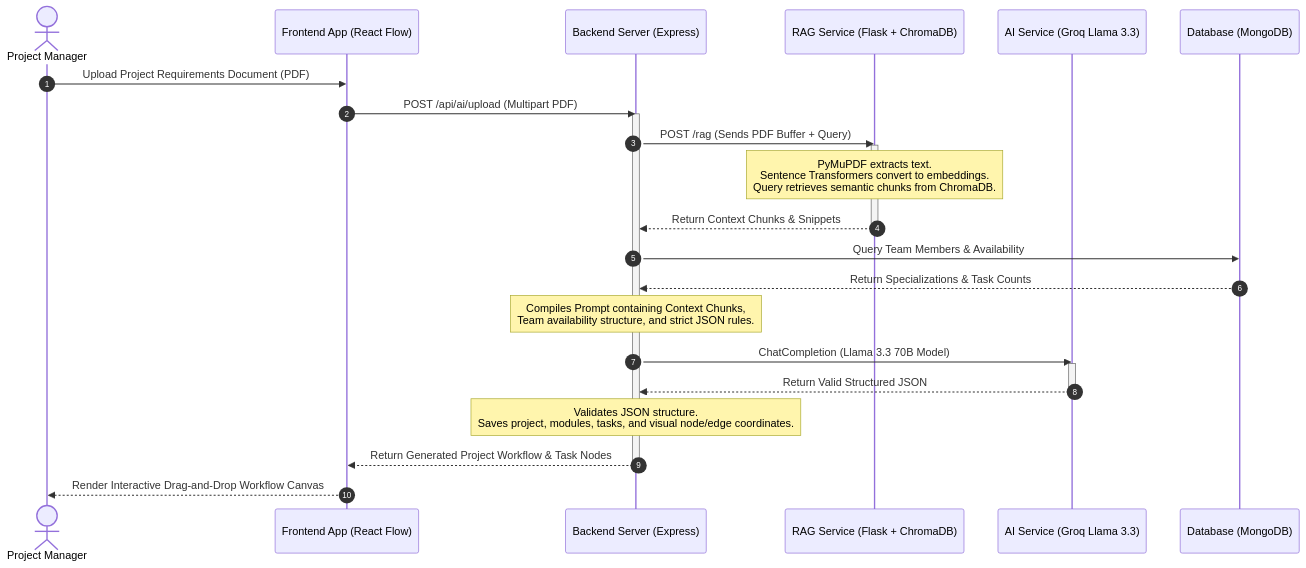
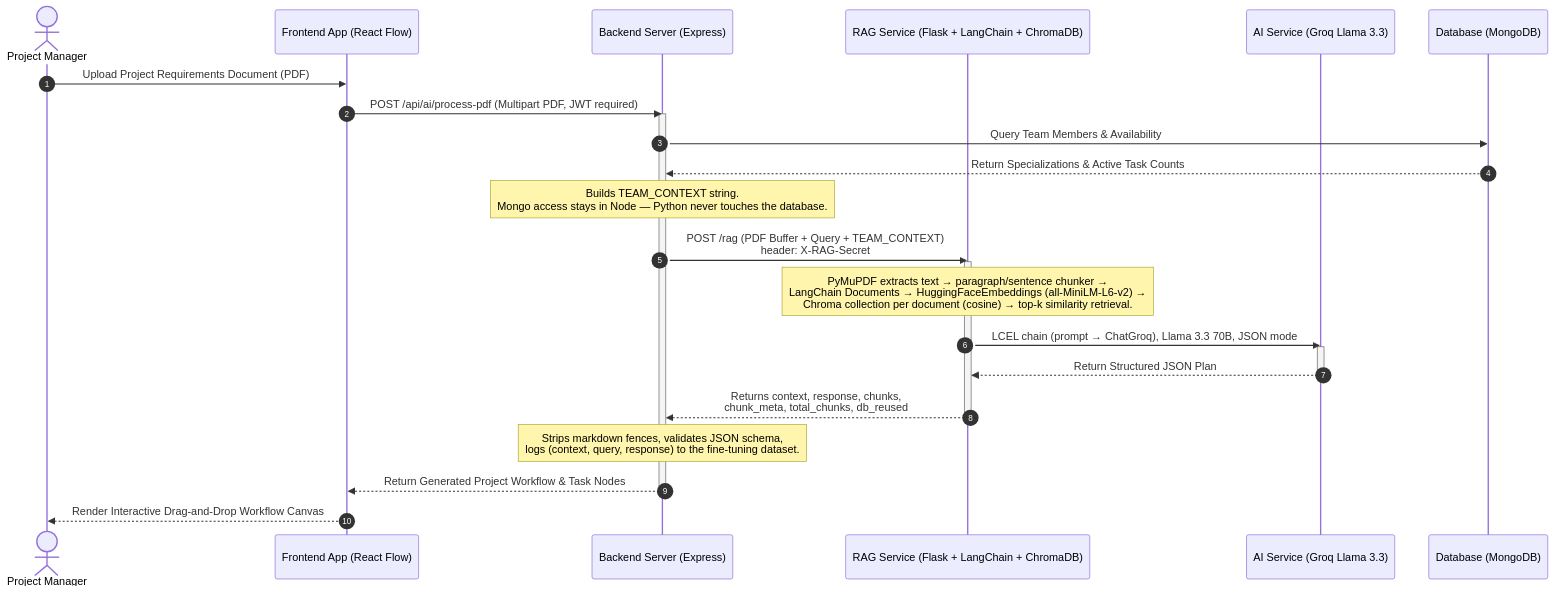
One commit to princethakarar/Workflow-Orchestrator changed the second of 2 diagrams in README.md. Above: the diagram before and after it, drawn with Mermaid. The commit also changed other lines of this file and 6 other files, not shown here.

````diff
--- a/README.md
+++ b/README.md
@@ -87,30 +88,30 @@
 ```mermaid
 sequenceDiagram
     autonumber
     actor Manager as Project Manager
     participant FE as Frontend App (React Flow)
     participant BE as Backend Server (Express)
-    participant RAG as RAG Service (Flask + ChromaDB)
+    participant RAG as RAG Service (Flask + LangChain + ChromaDB)
     participant Groq as AI Service (Groq Llama 3.3)
     participant DB as Database (MongoDB)
 
     Manager->>FE: Upload Project Requirements Document (PDF)
-    FE->>BE: POST /api/ai/upload (Multipart PDF)
+    FE->>BE: POST /api/ai/process-pdf (Multipart PDF, JWT required)
     activate BE
-    BE->>RAG: POST /rag (Sends PDF Buffer + Query)
+    BE->>DB: Query Team Members & Availability
+    DB-->>BE: Return Specializations & Active Task Counts
+    Note over BE: Builds TEAM_CONTEXT string.<br/>Mongo access stays in Node — Python never touches the database.
+    BE->>RAG: POST /rag (PDF Buffer + Query + TEAM_CONTEXT)<br/>header: X-RAG-Secret
     activate RAG
-    Note over RAG: PyMuPDF extracts text.<br/>Sentence Transformers convert to embeddings.<br/>Query retrieves semantic chunks from ChromaDB.
-    RAG-->>BE: Return Context Chunks & Snippets
+    Note over RAG: PyMuPDF extracts text → paragraph/sentence chunker →<br/>LangChain Documents → HuggingFaceEmbeddings (all-MiniLM-L6-v2) →<br/>Chroma collection per document (cosine) → top-k similarity retrieval.
+    RAG->>Groq: LCEL chain (prompt → ChatGroq), Llama 3.3 70B, JSON mode
+    activate Groq
+    Groq-->>RAG: Return Structured JSON Plan
+    deactivate Groq
+    RAG-->>BE: Returns context, response, chunks,<br/>chunk_meta, total_chunks, db_reused
     deactivate RAG
-    BE->>DB: Query Team Members & Availability
-    DB-->>BE: Return Specializations & Task Counts
-    Note over BE: Compiles Prompt containing Context Chunks,<br/>Team availability structure, and strict JSON rules.
-    BE->>Groq: ChatCompletion (Llama 3.3 70B Model)
-    activate Groq
-    Groq-->>BE: Return Valid Structured JSON
-    deactivate Groq
-    Note over BE: Validates JSON structure.<br/>Saves project, modules, tasks, and visual node/edge coordinates.
+    Note over BE: Strips markdown fences, validates JSON schema,<br/>logs (context, query, response) to the fine-tuning dataset.
     BE-->>FE: Return Generated Project Workflow & Task Nodes
     deactivate BE
     FE-->>Manager: Render Interactive Drag-and-Drop Workflow Canvas
 ```
````
